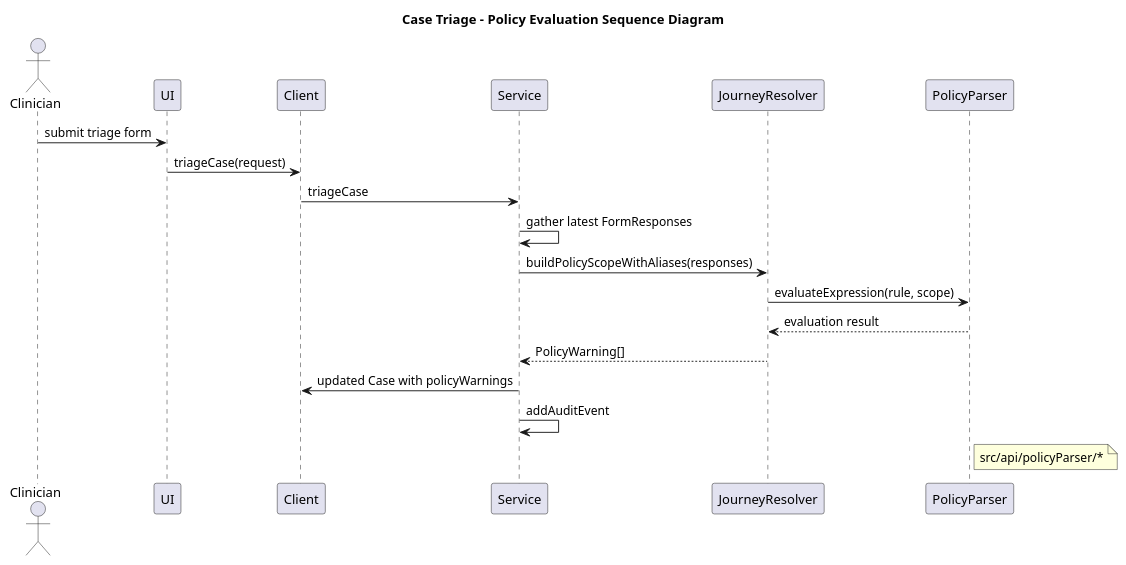
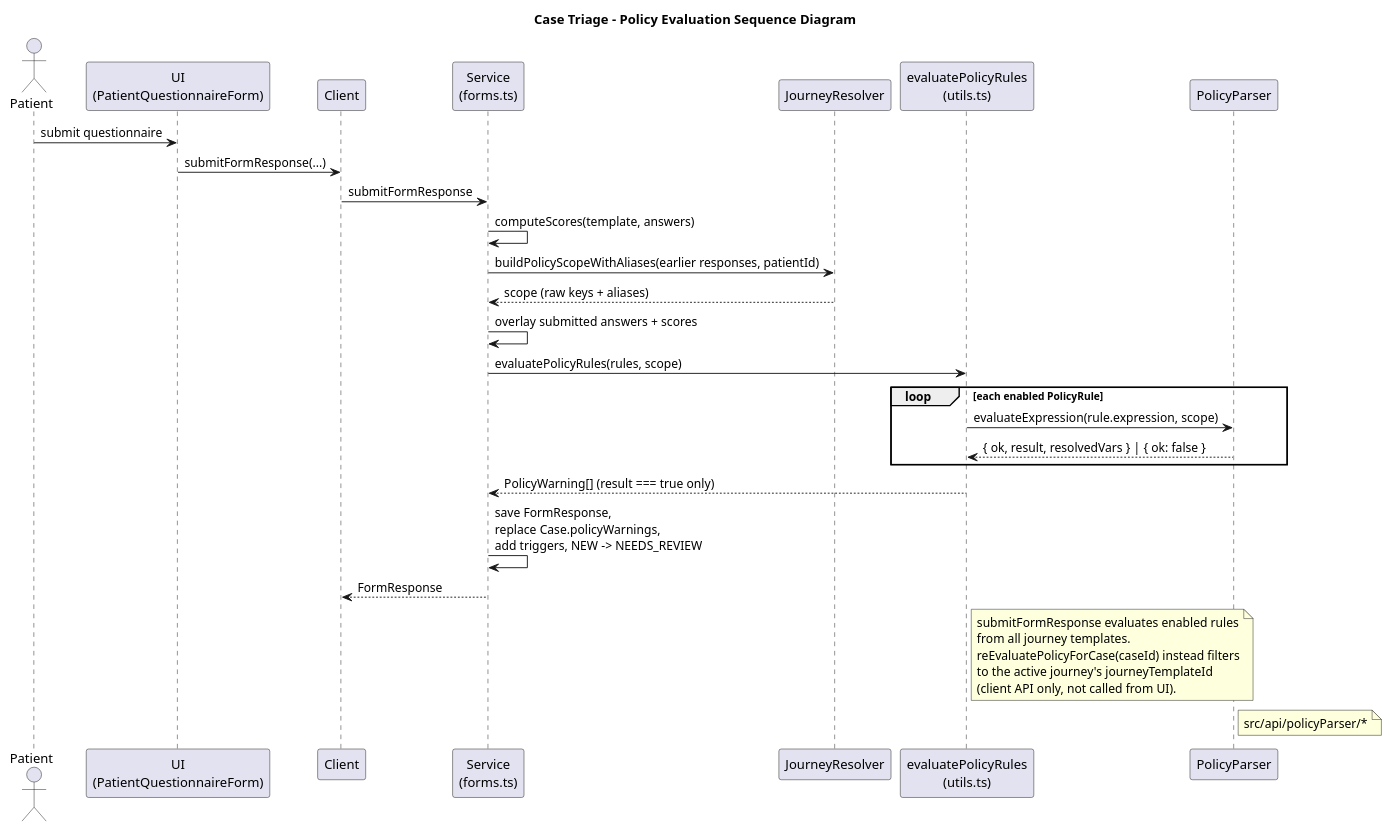
One commit to gforge/DUK changed the diagram in docs/diagrams/policy-evaluation-sequence.puml. Above: the diagram before and after it, drawn with PlantUML. The commit also changed 49 other files, not shown here.

First line of the commit message:
Update docs and diagrams to match current implementation

```diff
--- a/docs/diagrams/policy-evaluation-sequence.puml
+++ b/docs/diagrams/policy-evaluation-sequence.puml
@@ -1,30 +1,46 @@
 @startuml
 ' Purpose: Case triage policy evaluation sequence
 ' Source of truth:
+'   src/api/service/forms.ts
 '   src/api/service/policy.ts
 '   src/api/service/journeyResolver.ts
+'   src/api/service/utils.ts
 '   src/api/policyParser/parser.ts
 
 title Case Triage - Policy Evaluation Sequence Diagram
 
-actor Clinician
-participant "UI" as UI
+actor Patient
+participant "UI\n(PatientQuestionnaireForm)" as UI
 participant "Client" as Client
-participant "Service" as Service
+participant "Service\n(forms.ts)" as Service
 participant "JourneyResolver" as JR
+participant "evaluatePolicyRules\n(utils.ts)" as Eval
 participant "PolicyParser" as PP
 
-Clinician -> UI : submit triage form
-UI -> Client : triageCase(request)
-Client -> Service : triageCase
-Service -> Service : gather latest FormResponses
-Service -> JR : buildPolicyScopeWithAliases(responses)
-JR -> PP : evaluateExpression(rule, scope)
-PP --> JR : evaluation result
-JR --> Service : PolicyWarning[]
-Service -> Client : updated Case with policyWarnings
-Service -> Service : addAuditEvent
+Patient -> UI : submit questionnaire
+UI -> Client : submitFormResponse(...)
+Client -> Service : submitFormResponse
+Service -> Service : computeScores(template, answers)
+Service -> JR : buildPolicyScopeWithAliases(earlier responses, patientId)
+JR --> Service : scope (raw keys + aliases)
+Service -> Service : overlay submitted answers + scores
+Service -> Eval : evaluatePolicyRules(rules, scope)
+loop each enabled PolicyRule
+  Eval -> PP : evaluateExpression(rule.expression, scope)
+  PP --> Eval : { ok, result, resolvedVars } | { ok: false }
+end
+Eval --> Service : PolicyWarning[] (result === true only)
+Service -> Service : save FormResponse,\nreplace Case.policyWarnings,\nadd triggers, NEW -> NEEDS_REVIEW
+Service --> Client : FormResponse
+
+note right of Eval
+  submitFormResponse evaluates enabled rules
+  from all journey templates.
+  reEvaluatePolicyForCase(caseId) instead filters
+  to the active journey's journeyTemplateId
+  (client API only, not called from UI).
+end note
 
 note right of PP: src/api/policyParser/*
 
 @enduml
```
